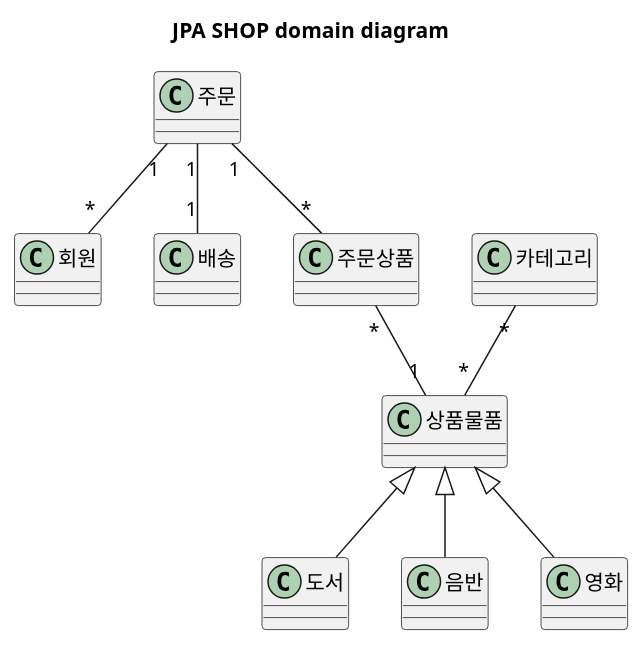
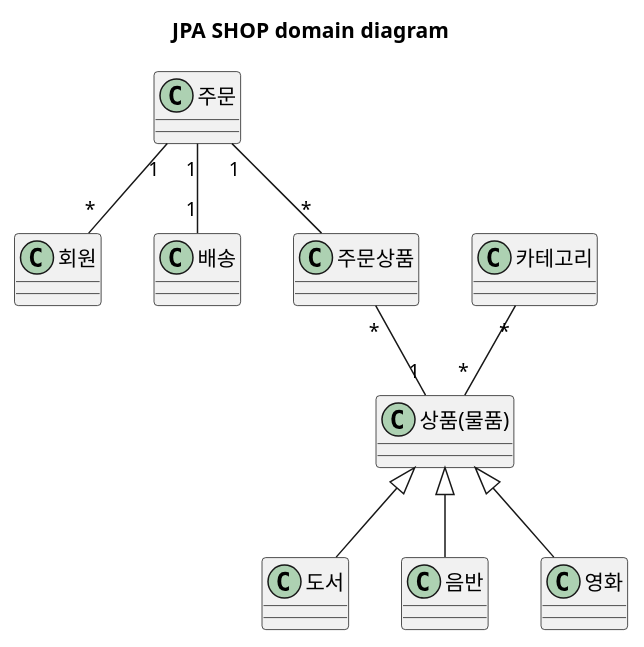
Before and after one commit to rkdehdgns1230/spring-data-jpa: the diagram in docs/uml/domain.puml, drawn with PlantUML.

Commit message:
refactor - alias를 이용한 table naming 개선

```diff
--- a/docs/uml/domain.puml
+++ b/docs/uml/domain.puml
@@ -1,29 +1,29 @@
 @startuml
 'https://plantuml.com/class-diagram
 
 title JPA SHOP domain diagram
 
 class 회원
 class 주문
 class 배송
 
 class 주문상품
-class 상품물품
+class "상품(물품)" as product
 class 도서
 class 음반
 class 영화
 class 카테고리
 
 주문 "1" -- "*" 회원
 주문 "1" -- "1" 배송
 주문 "1" -- "*" 주문상품
 
-주문상품 "*" -- "1" 상품물품
-카테고리 "*" -- "*" 상품물품
+주문상품 "*" -- "1" product
+카테고리 "*" -- "*" product
 
-상품물품 <|-- 도서
-상품물품 <|-- 음반
-상품물품 <|-- 영화
+product <|-- 도서
+product <|-- 음반
+product <|-- 영화
 
 
 @enduml
```
